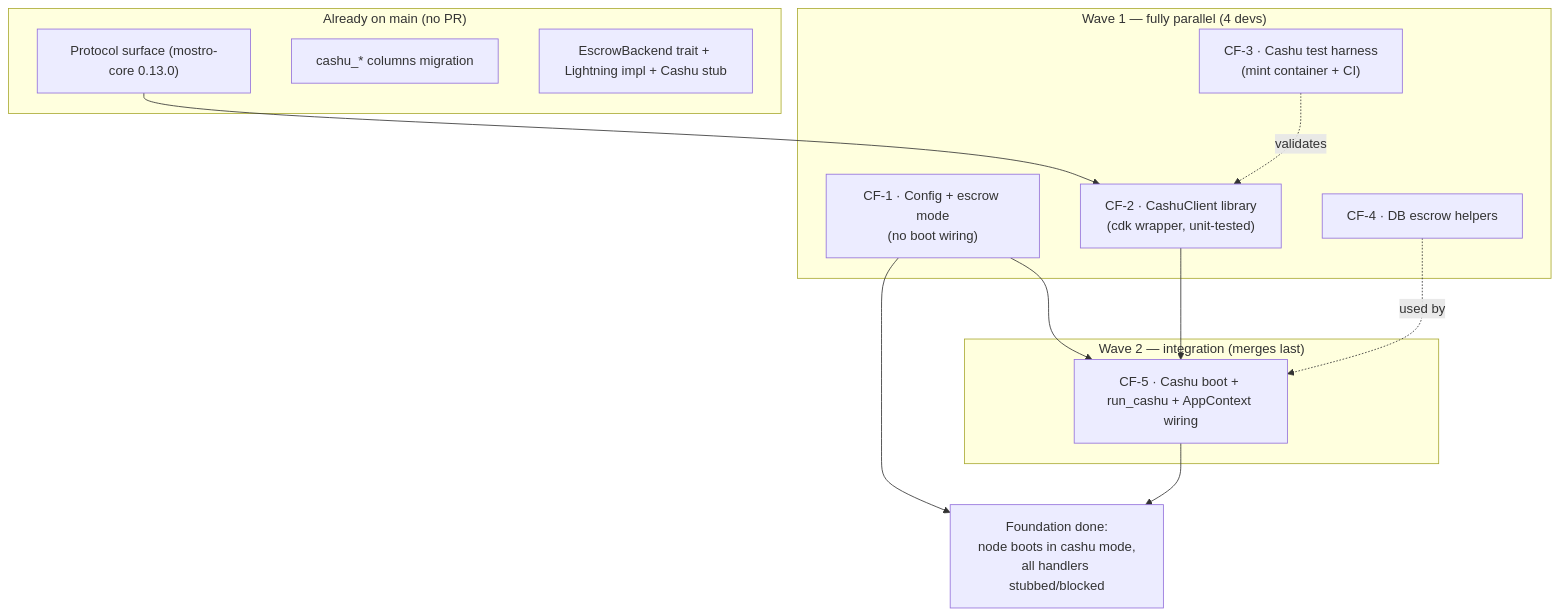
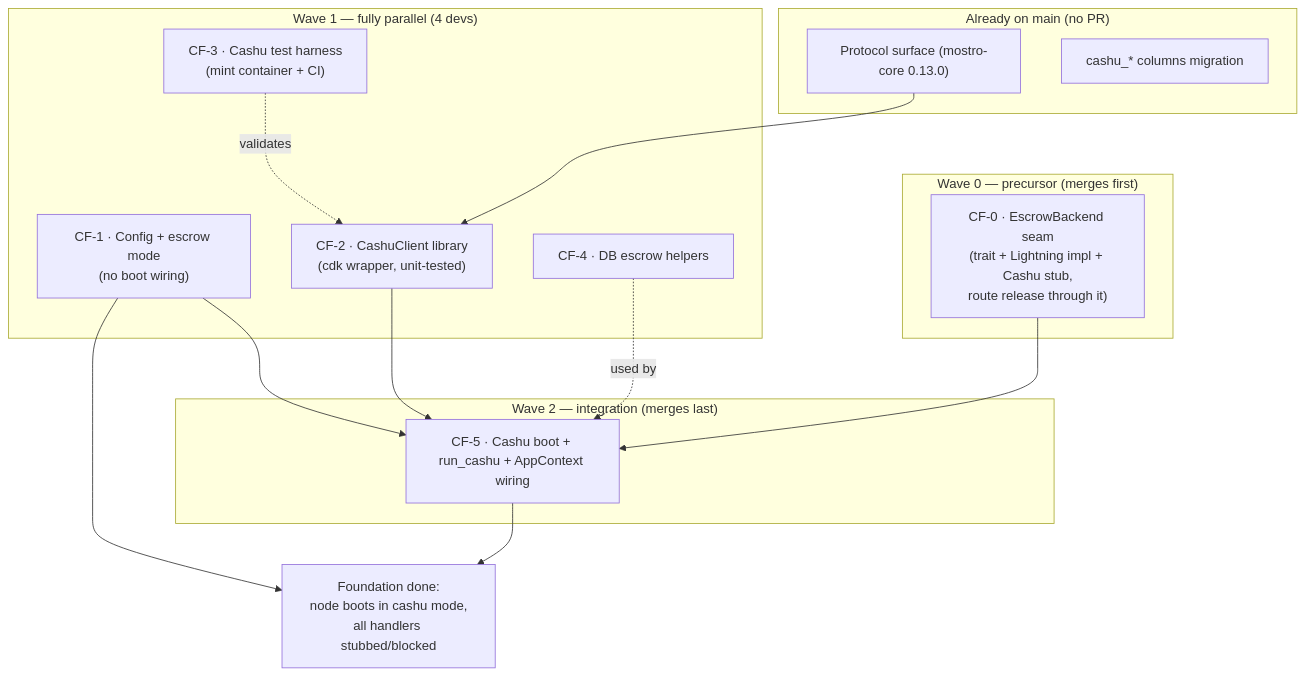
One commit to MostroP2P/mostro changed the diagram in docs/cashu/01-fundamentals.md. Above: the diagram before and after it, drawn with Mermaid. The commit also changed other lines of this file and 1 other file, not shown here.

First line of the commit message:
docs(cashu): address review feedback on escrow spec series

````diff
--- a/docs/cashu/01-fundamentals.md
+++ b/docs/cashu/01-fundamentals.md
@@ -133,27 +148,31 @@
 ```mermaid
 flowchart TD
   subgraph BASE["Already on main (no PR)"]
     P["Protocol surface (mostro-core 0.13.0)"]
     M["cashu_* columns migration"]
-    E["EscrowBackend trait + Lightning impl + Cashu stub"]
+  end
+
+  subgraph WAVE0["Wave 0 — precursor (merges first)"]
+    CF0["CF-0 · EscrowBackend seam<br/>(trait + Lightning impl + Cashu stub,<br/>route release through it)"]
   end
 
   subgraph WAVE1["Wave 1 — fully parallel (4 devs)"]
     CF1["CF-1 · Config + escrow mode<br/>(no boot wiring)"]
     CF2["CF-2 · CashuClient library<br/>(cdk wrapper, unit-tested)"]
     CF3["CF-3 · Cashu test harness<br/>(mint container + CI)"]
     CF4["CF-4 · DB escrow helpers"]
   end
 
   subgraph WAVE2["Wave 2 — integration (merges last)"]
     CF5["CF-5 · Cashu boot + run_cashu + AppContext wiring"]
   end
 
   P --> CF2
+  CF0 --> CF5
   CF1 --> CF5
   CF2 --> CF5
   CF4 -. used by .-> CF5
   CF3 -. validates .-> CF2
   CF1 --> END["Foundation done:<br/>node boots in cashu mode,<br/>all handlers stubbed/blocked"]
   CF5 --> END
 ```
````
